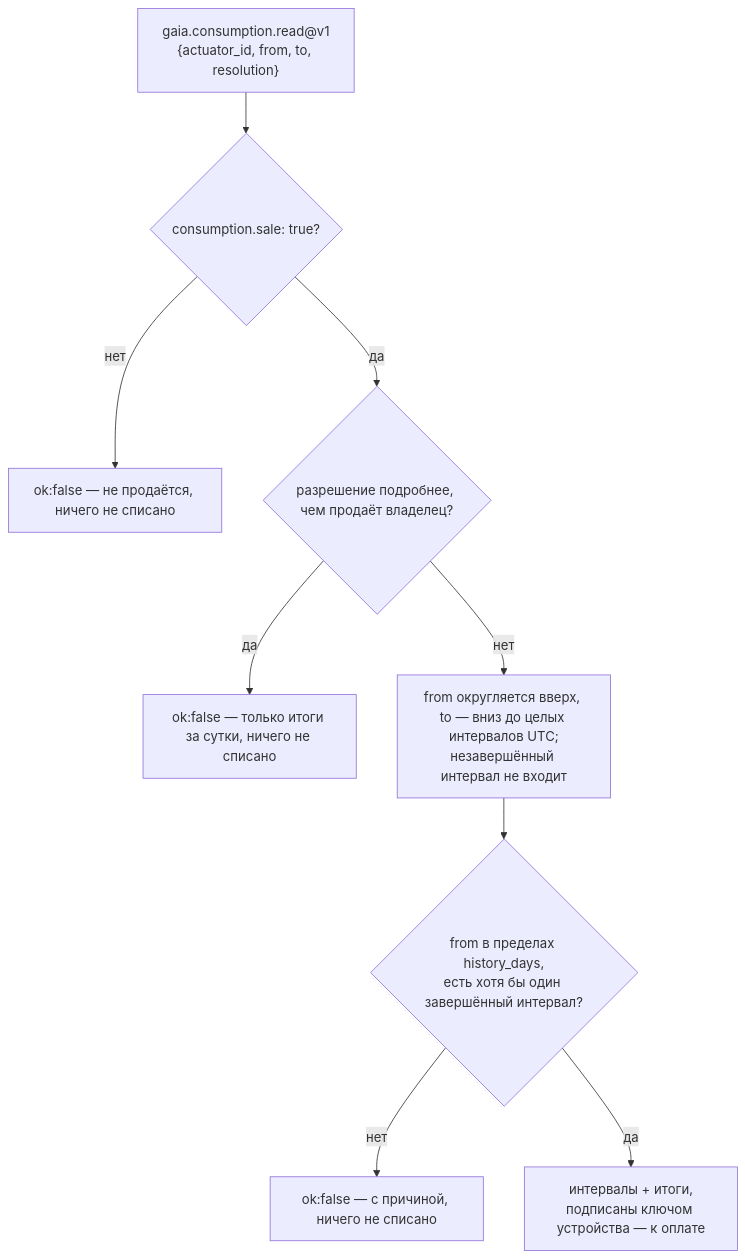
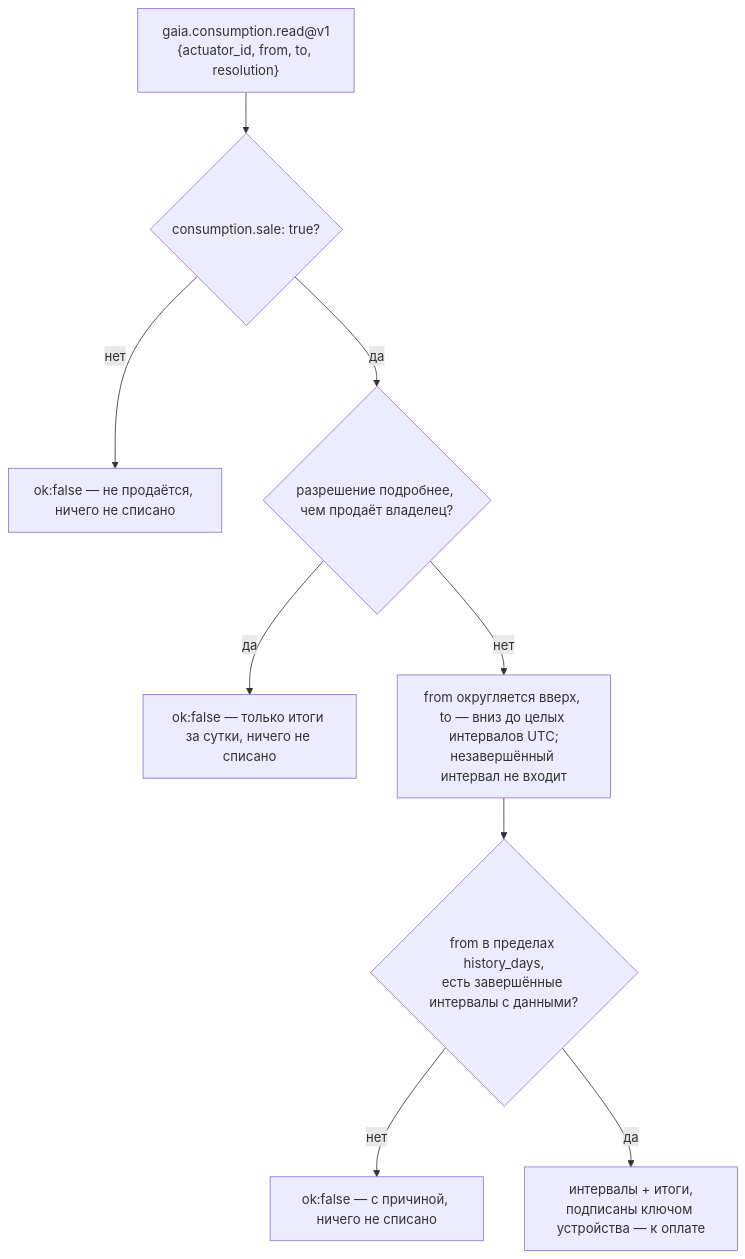
The eighth of 8 diagrams in docs/i18n/ACTUATION.ru.md (alexar76/gaia), drawn with Mermaid before and after one commit. The commit also changed other lines of this file and 7 other files, not shown here.

````diff
--- a/docs/i18n/ACTUATION.ru.md
+++ b/docs/i18n/ACTUATION.ru.md
@@ -467,11 +467,11 @@
 ```mermaid
 flowchart TD
     Q["gaia.consumption.read@v1<br/>{actuator_id, from, to, resolution}"] --> A{"consumption.sale: true?"}
     A -- нет --> X1["ok:false — не продаётся, ничего не списано"]
     A -- да --> B{"разрешение подробнее, чем продаёт владелец?"}
     B -- да --> X2["ok:false — только итоги за сутки, ничего не списано"]
     B -- нет --> C["from округляется вверх, to — вниз до целых интервалов UTC;<br/>незавершённый интервал не входит"]
-    C --> D{"from в пределах history_days,<br/>есть хотя бы один завершённый интервал?"}
+    C --> D{"from в пределах history_days,<br/>есть завершённые интервалы с данными?"}
     D -- нет --> X3["ok:false — с причиной, ничего не списано"]
     D -- да --> E["интервалы + итоги,<br/>подписаны ключом устройства — к оплате"]
 ```
````
